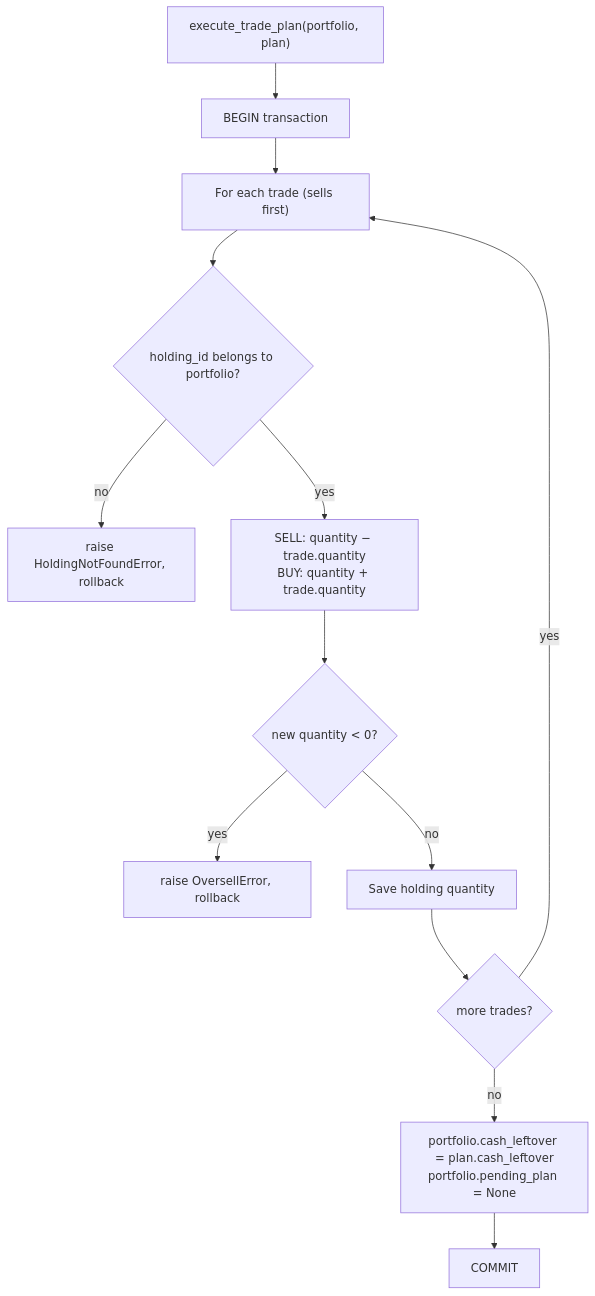
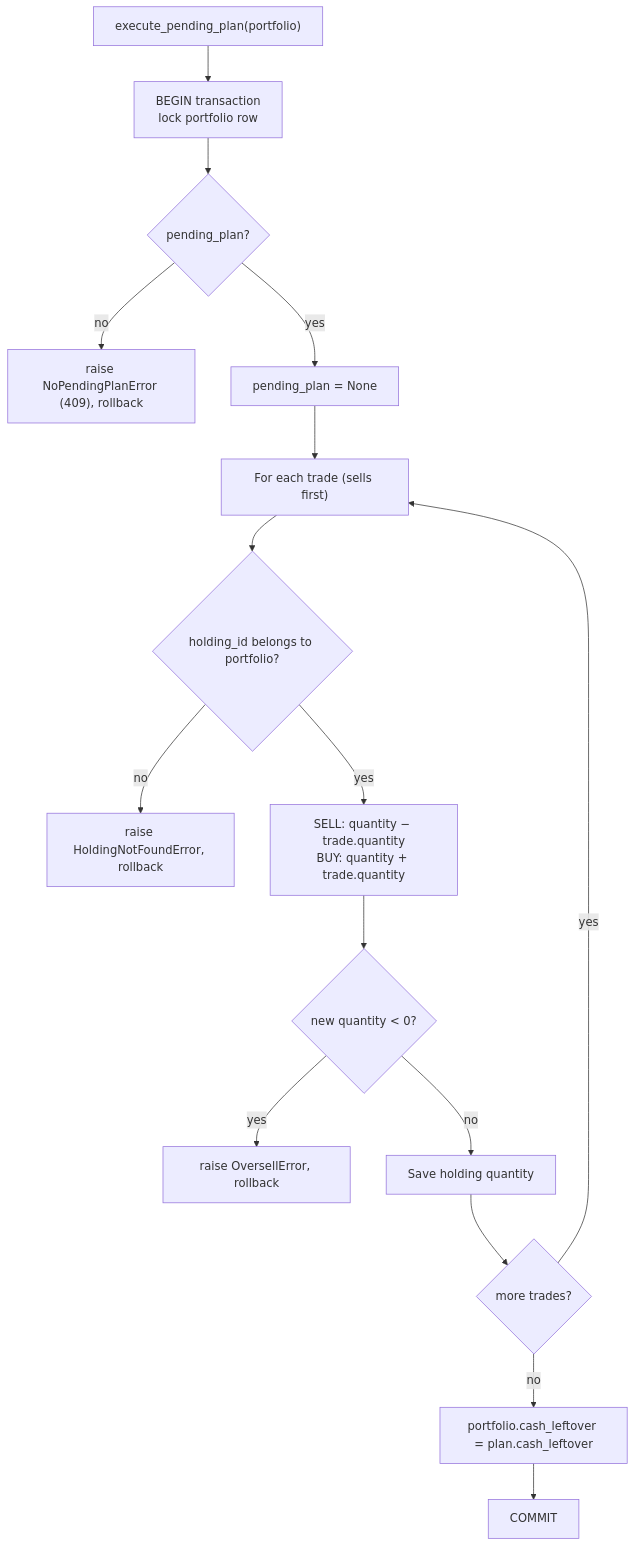
Before and after one commit to nicoaravena/stock-portfolio: the second of 2 diagrams in README.md, drawn with Mermaid. The commit also changed other lines of this file and 5 other files, not shown here.

First line of the commit message:
fix(api): serialize rebalance and execute-trades per portfolio

````diff
--- a/README.md
+++ b/README.md
@@ -152,15 +154,18 @@
 ```mermaid
 flowchart TD
-    A["execute_trade_plan(portfolio, plan)"] --> B["BEGIN transaction"]
-    B --> C["For each trade (sells first)"]
+    A["execute_pending_plan(portfolio)"] --> B["BEGIN transaction<br/>lock portfolio row"]
+    B --> P{"pending_plan?"}
+    P -- no --> Q["raise NoPendingPlanError (409), rollback"]
+    P -- yes --> R["pending_plan = None"]
+    R --> C["For each trade (sells first)"]
     C --> D{"holding_id belongs to portfolio?"}
     D -- no --> E["raise HoldingNotFoundError, rollback"]
     D -- yes --> F["SELL: quantity − trade.quantity<br/>BUY: quantity + trade.quantity"]
     F --> G{"new quantity < 0?"}
     G -- yes --> H["raise OversellError, rollback"]
     G -- no --> I["Save holding quantity"]
     I --> J{"more trades?"}
     J -- yes --> C
-    J -- no --> K["portfolio.cash_leftover = plan.cash_leftover<br/>portfolio.pending_plan = None"]
+    J -- no --> K["portfolio.cash_leftover = plan.cash_leftover"]
     K --> L["COMMIT"]
 ```
````
